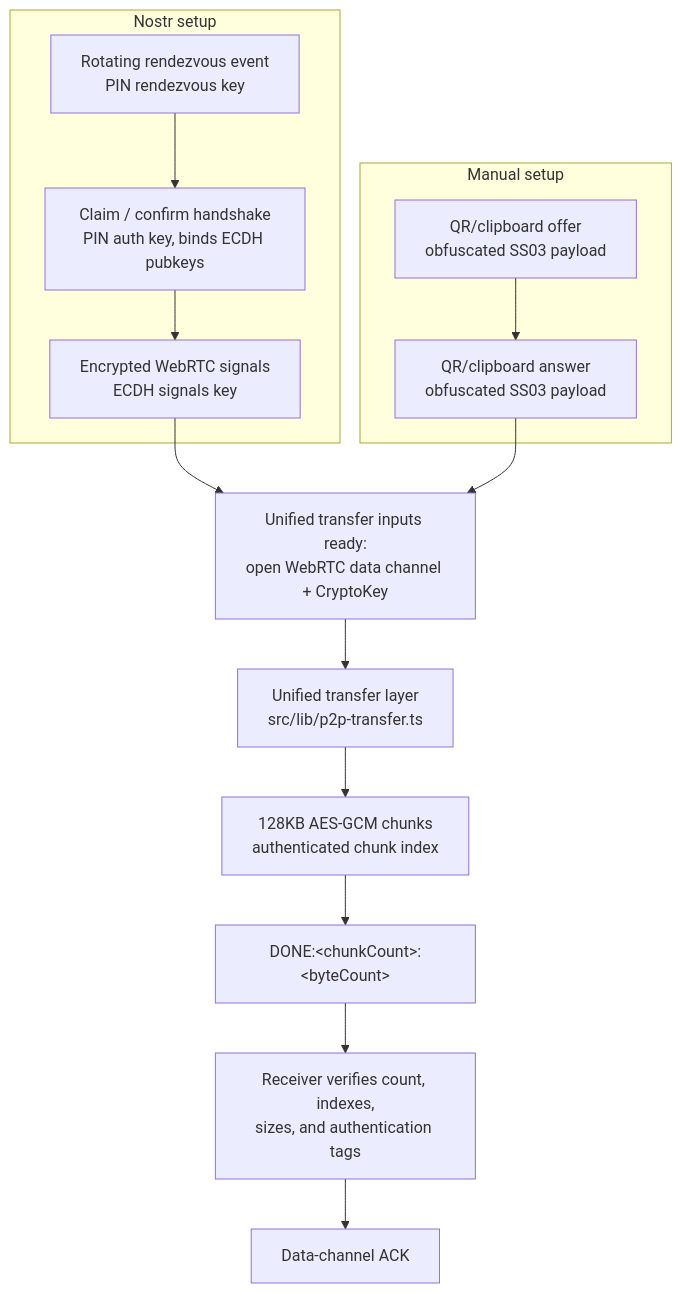
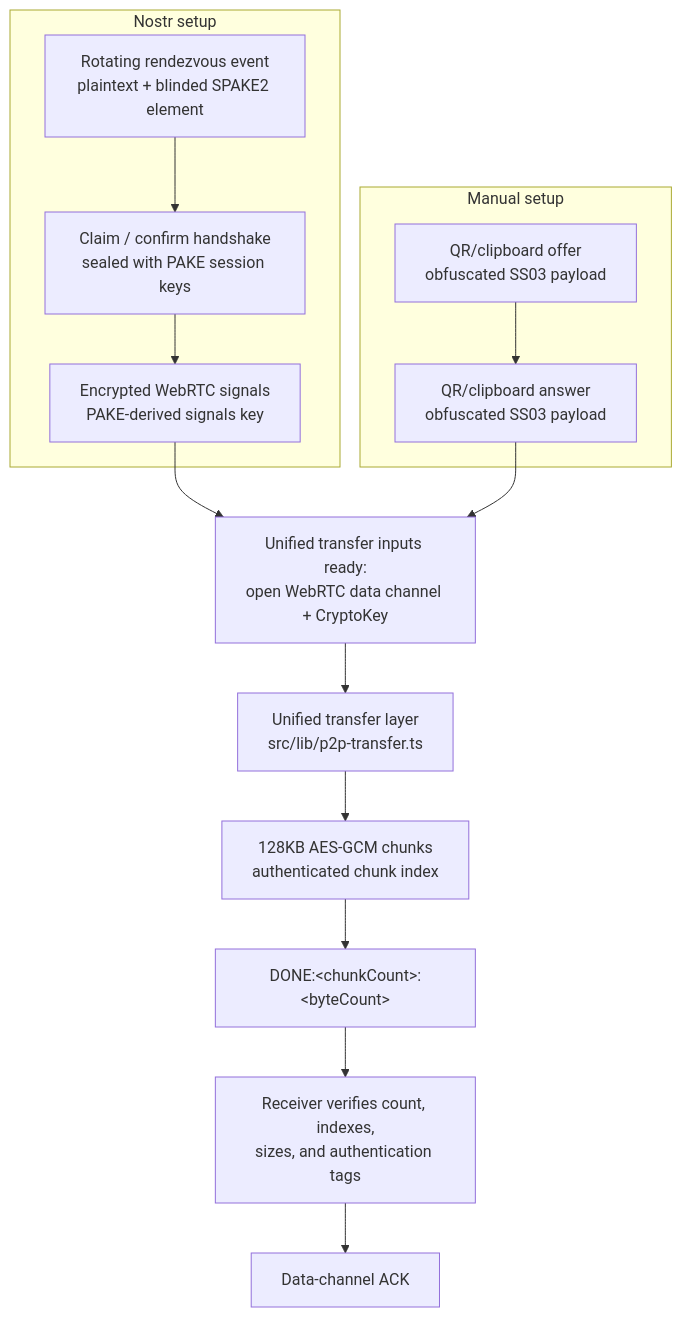
One commit to andrewtheguy/ptransfer changed the first of 5 diagrams in docs/ARCHITECTURE.md. Above: the diagram before and after it, drawn with Mermaid. The commit also changed other lines of this file and 23 other files, not shown here.

First line of the commit message:
feat: replace PIN key derivation with SPAKE2 and move metadata post-handshake

````diff
--- a/docs/ARCHITECTURE.md
+++ b/docs/ARCHITECTURE.md
@@ -38,25 +38,25 @@
 ```mermaid
 flowchart TD
     subgraph Nostr[Nostr setup]
-        N1[Rotating rendezvous event<br/>PIN rendezvous key]
-        N2[Claim / confirm handshake<br/>PIN auth key, binds ECDH pubkeys]
-        N3[Encrypted WebRTC signals<br/>ECDH signals key]
+        N1[Rotating rendezvous event<br/>plaintext + blinded SPAKE2 element]
+        N2[Claim / confirm handshake<br/>sealed with PAKE session keys]
+        N3[Encrypted WebRTC signals<br/>PAKE-derived signals key]
         N1 --> N2
         N2 --> N3
     end
 
     subgraph Manual[Manual setup]
         M1[QR/clipboard offer<br/>obfuscated SS03 payload]
         M2[QR/clipboard answer<br/>obfuscated SS03 payload]
         M1 --> M2
     end
 
     N3 --> Channel[Unified transfer inputs ready:<br/>open WebRTC data channel + CryptoKey]
     M2 --> Channel
 
     Channel --> Transfer[Unified transfer layer<br/>src/lib/p2p-transfer.ts]
     Transfer --> Chunks[128KB AES-GCM chunks<br/>authenticated chunk index]
     Chunks --> Done[DONE:&lt;chunkCount&gt;:&lt;byteCount&gt;]
     Done --> Verify[Receiver verifies count, indexes,<br/>sizes, and authentication tags]
     Verify --> Ack[Data-channel ACK]
 ```
````
